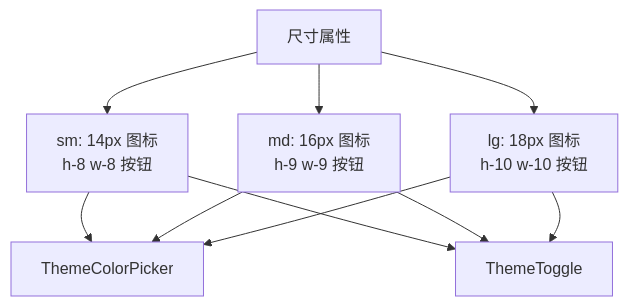
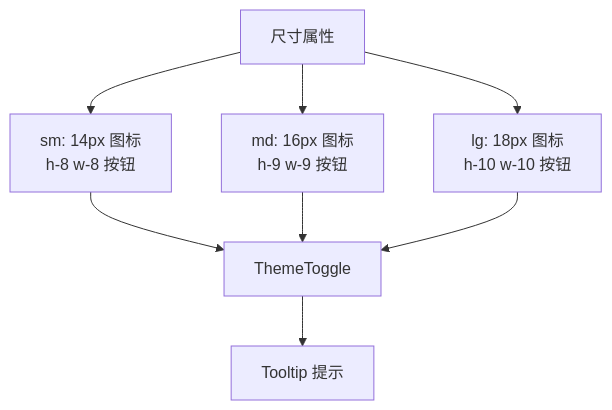
The seventh of 11 diagrams in .qoder/repowiki/zh/content/前端架构/UI组件库/样式系统.md (xixixiaoyu/Todo), drawn with Mermaid before and after one commit. The commit also changed other lines of this file and 4 other files, not shown here.

````diff
--- a/.qoder/repowiki/zh/content/前端架构/UI组件库/样式系统.md
+++ b/.qoder/repowiki/zh/content/前端架构/UI组件库/样式系统.md
@@ -303,12 +351,10 @@
 ```mermaid
 flowchart TD
 SizeProp["尺寸属性"] --> SM["sm: 14px 图标<br/>h-8 w-8 按钮"]
 SizeProp --> MD["md: 16px 图标<br/>h-9 w-9 按钮"]
 SizeProp --> LG["lg: 18px 图标<br/>h-10 w-10 按钮"]
-SM --> ColorPicker["ThemeColorPicker"]
-MD --> ColorPicker
-LG --> ColorPicker
 SM --> Toggle["ThemeToggle"]
 MD --> Toggle
 LG --> Toggle
+Toggle --> Tooltip["Tooltip 提示"]
 ```
````
